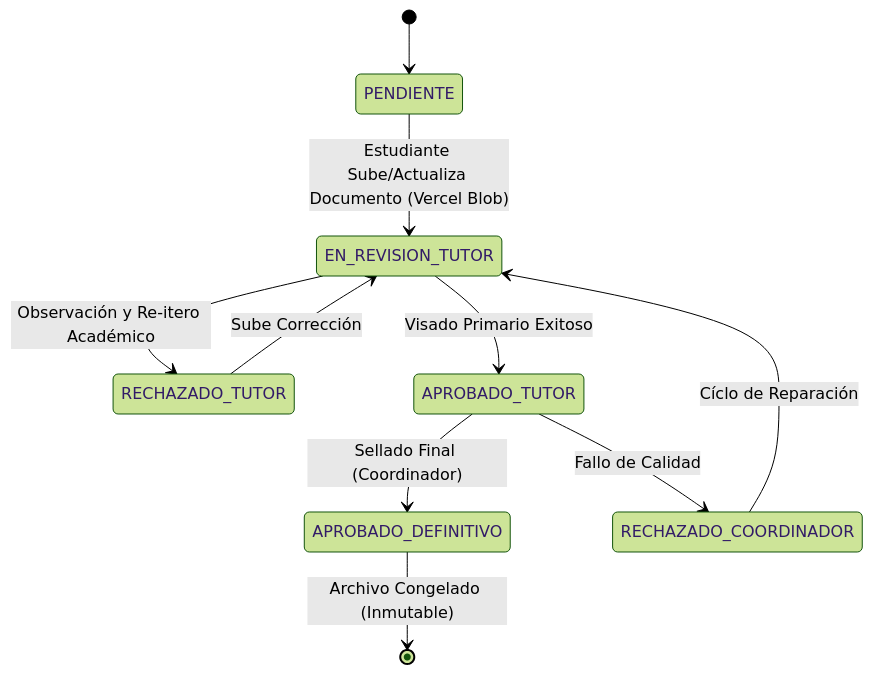
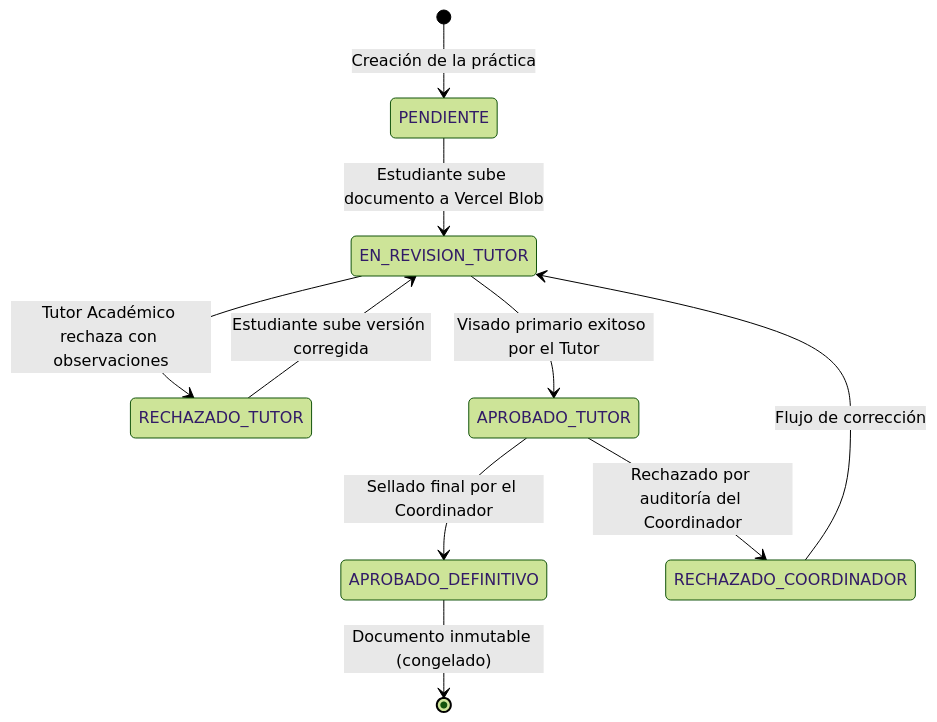
One commit to JorgeDoicela/sistema_practicas_preprofesionales changed the diagram in docs/logica-negocio.md. Above: the diagram before and after it, drawn with Mermaid (forest theme). The commit also changed other lines of this file and 14 other files, not shown here.

````diff
--- a/docs/logica-negocio.md
+++ b/docs/logica-negocio.md
@@ -34,14 +36,16 @@
 ```mermaid
 stateDiagram-v2
-    [*] --> PENDIENTE
-    PENDIENTE --> EN_REVISION_TUTOR: Estudiante Sube/Actualiza Documento (Vercel Blob)
-    EN_REVISION_TUTOR --> RECHAZADO_TUTOR: Observación y Re-itero Académico
-    RECHAZADO_TUTOR --> EN_REVISION_TUTOR: Sube Corrección
-    EN_REVISION_TUTOR --> APROBADO_TUTOR: Visado Primario Exitoso
+    [*] --> PENDIENTE : Creación de la práctica
+    PENDIENTE --> EN_REVISION_TUTOR : Estudiante sube documento a Vercel Blob
     
-    APROBADO_TUTOR --> APROBADO_DEFINITIVO: Sellado Final (Coordinador)
-    APROBADO_TUTOR --> RECHAZADO_COORDINADOR: Fallo de Calidad
-    RECHAZADO_COORDINADOR --> EN_REVISION_TUTOR: Cíclo de Reparación
+    EN_REVISION_TUTOR --> RECHAZADO_TUTOR : Tutor Académico rechaza con observaciones
+    RECHAZADO_TUTOR --> EN_REVISION_TUTOR : Estudiante sube versión corregida
     
-    APROBADO_DEFINITIVO --> [*]: Archivo Congelado (Inmutable)
+    EN_REVISION_TUTOR --> APROBADO_TUTOR : Visado primario exitoso por el Tutor
+    
+    APROBADO_TUTOR --> APROBADO_DEFINITIVO : Sellado final por el Coordinador
+    APROBADO_TUTOR --> RECHAZADO_COORDINADOR : Rechazado por auditoría del Coordinador
+    RECHAZADO_COORDINADOR --> EN_REVISION_TUTOR : Flujo de corrección
+    
+    APROBADO_DEFINITIVO --> [*] : Documento inmutable (congelado)
 ```
````
